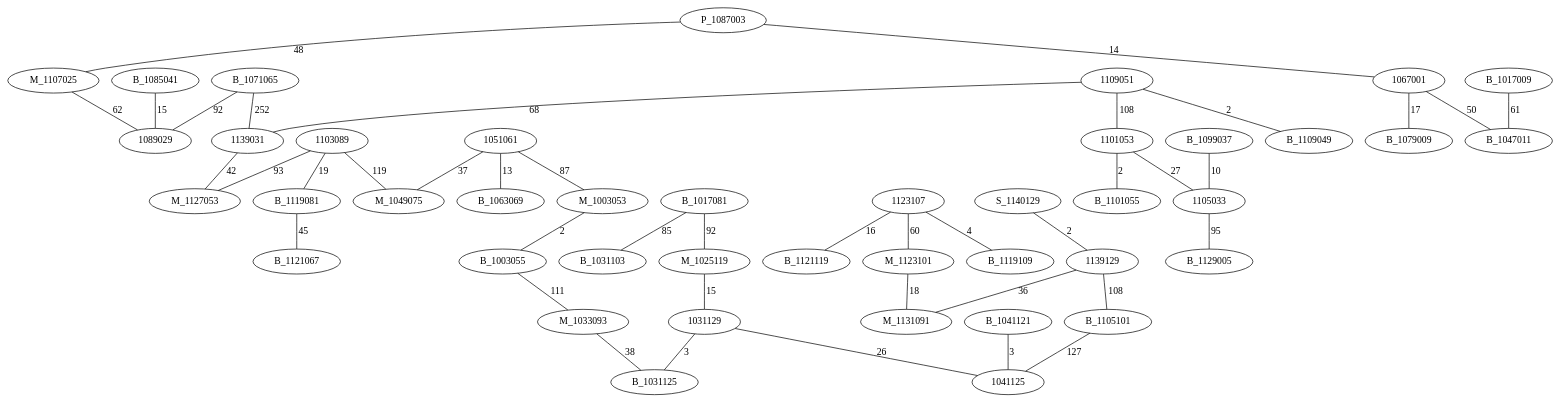
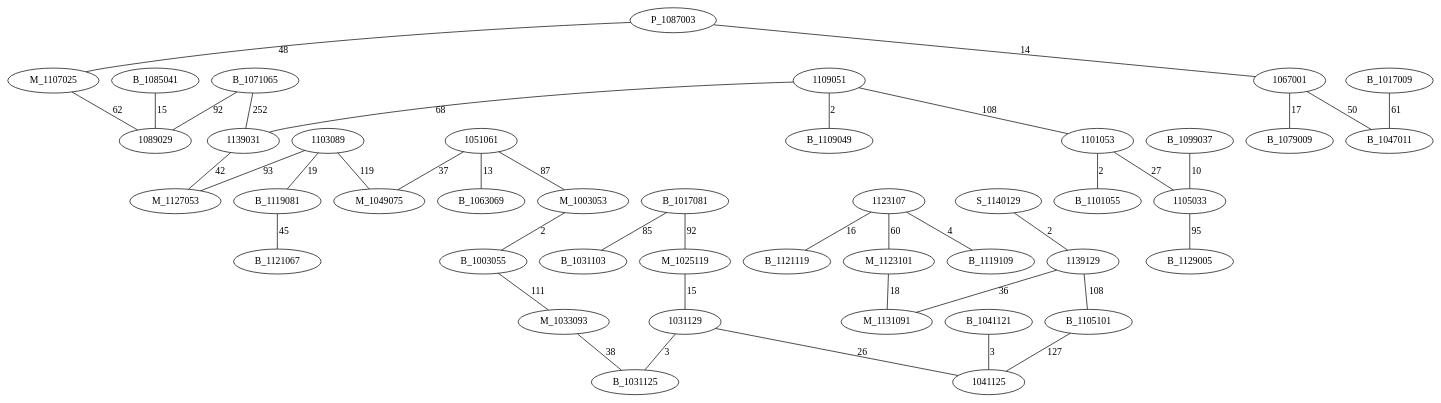
One commit to AsmNoob/Labyrinthe changed the diagram in Graph.dot. Above: the diagram before and after it, drawn with Graphviz. The commit also changed other lines of this file, not shown here.

Commit message:
[GRAPH.DOT] ok

```diff
--- a/Graph.dot
+++ b/Graph.dot
@@ -1,45 +1,45 @@
 graph chemin {
 
 	P_1087003 -- M_1107025 [label=48]
 	P_1087003 -- 1067001 [label=14]
 	1103089 -- M_1049075 [label=119]
 	1103089 -- B_1119081 [label=19]
 	1103089 -- M_1127053 [label=93]
 	B_1071065 -- 1089029 [label=92]
 	B_1071065 -- 1139031 [label=252]
 	1067001 -- B_1079009 [label=17]
 	1067001 -- B_1047011 [label=50]
 	1051061 -- M_1049075 [label=37]
 	1051061 -- B_1063069 [label=13]
 	1051061 -- M_1003053 [label=87]
 	S_1140129 -- 1139129 [label=2]
+	1109051 -- B_1109049 [label=2]
 	1109051 -- 1101053 [label=108]
-	1109051 -- B_1109049 [label=2]
 	1109051 -- 1139031 [label=68]
 	B_1017081 -- B_1031103 [label=85]
 	B_1017081 -- M_1025119 [label=92]
 	B_1017009 -- B_1047011 [label=61]
 	1123107 -- B_1119109 [label=4]
 	1123107 -- M_1123101 [label=60]
 	1123107 -- B_1121119 [label=16]
 	1139129 -- B_1105101 [label=108]
 	1139129 -- M_1131091 [label=36]
 	M_1123101 -- M_1131091 [label=18]
 	B_1119081 -- B_1121067 [label=45]
 	1139031 -- M_1127053 [label=42]
 	B_1085041 -- 1089029 [label=15]
 	B_1105101 -- 1041125 [label=127]
 	M_1025119 -- 1031129 [label=15]
 	M_1003053 -- B_1003055 [label=2]
 	B_1003055 -- M_1033093 [label=111]
 	1101053 -- B_1101055 [label=2]
 	1101053 -- 1105033 [label=27]
 	M_1107025 -- 1089029 [label=62]
 	M_1033093 -- B_1031125 [label=38]
 	B_1099037 -- 1105033 [label=10]
 	1105033 -- B_1129005 [label=95]
 	1031129 -- 1041125 [label=26]
 	1031129 -- B_1031125 [label=3]
 	B_1041121 -- 1041125 [label=3]
 
 }
```
